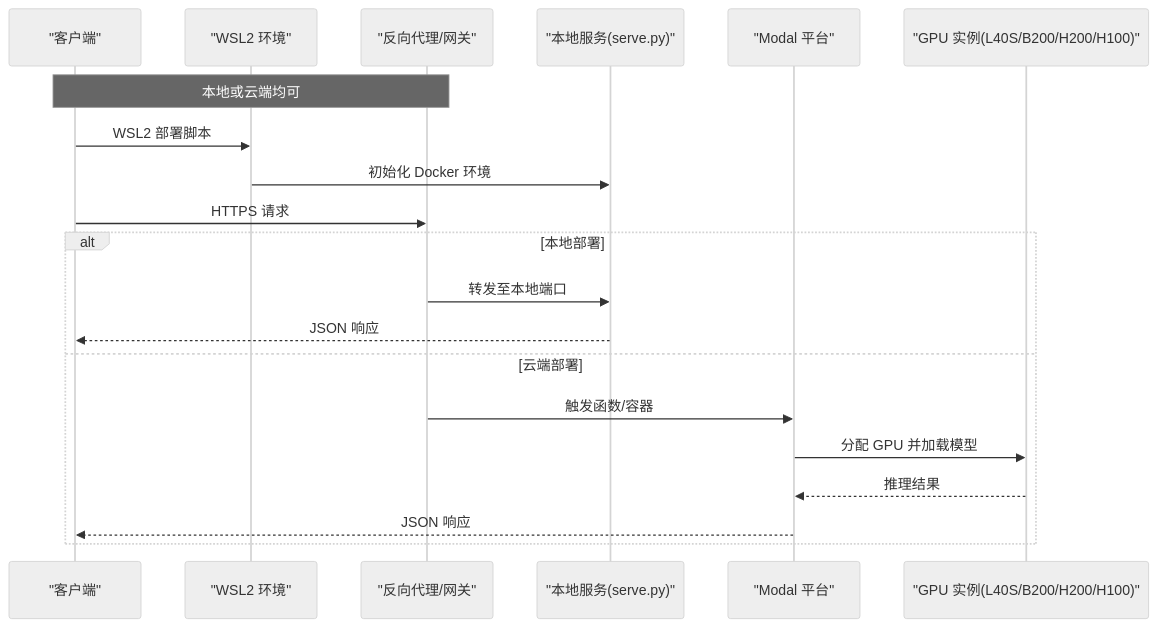
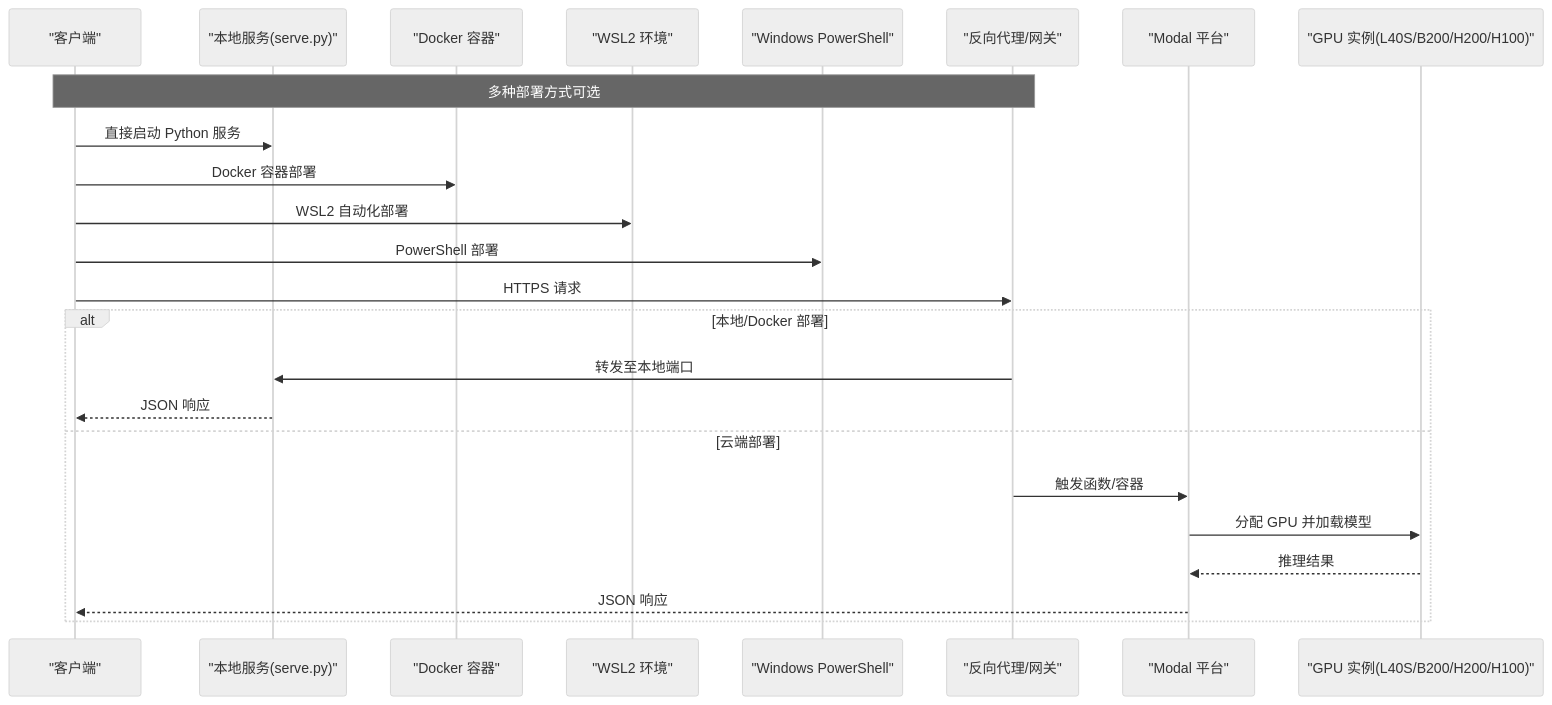
One commit to joezxh/kev changed the second of 9 diagrams in .qoder/repowiki/zh/content/部署指南/部署指南.md. Above: the diagram before and after it, drawn with Mermaid (neutral theme). The commit also changed other lines of this file and 100 other files, not shown here.

````diff
--- a/.qoder/repowiki/zh/content/部署指南/部署指南.md
+++ b/.qoder/repowiki/zh/content/部署指南/部署指南.md
@@ -114,22 +133,26 @@
 ```mermaid
 sequenceDiagram
 participant Client as "客户端"
+participant Local as "本地服务(serve.py)"
+participant Docker as "Docker 容器"
 participant WSL as "WSL2 环境"
+participant WinPS as "Windows PowerShell"
 participant Proxy as "反向代理/网关"
-participant Local as "本地服务(serve.py)"
 participant Modal as "Modal 平台"
 participant GPU as "GPU 实例(L40S/B200/H200/H100)"
-Note over Client,Proxy : 本地或云端均可
-Client->>WSL : WSL2 部署脚本
-WSL->>Local : 初始化 Docker 环境
+Note over Client,Proxy : 多种部署方式可选
+Client->>Local : 直接启动 Python 服务
+Client->>Docker : Docker 容器部署
+Client->>WSL : WSL2 自动化部署
+Client->>WinPS : PowerShell 部署
 Client->>Proxy : HTTPS 请求
-alt 本地部署
+alt 本地/Docker 部署
 Proxy->>Local : 转发至本地端口
 Local-->>Client : JSON 响应
 else 云端部署
 Proxy->>Modal : 触发函数/容器
 Modal->>GPU : 分配 GPU 并加载模型
 GPU-->>Modal : 推理结果
 Modal-->>Client : JSON 响应
 end
 ```
````
